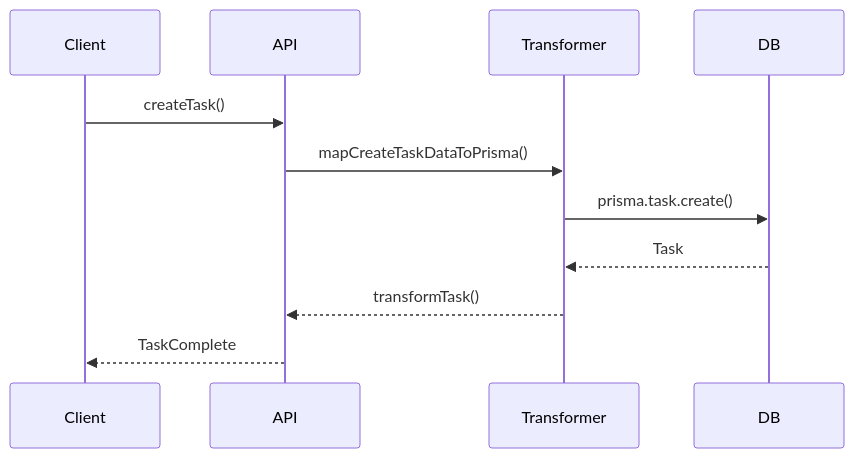
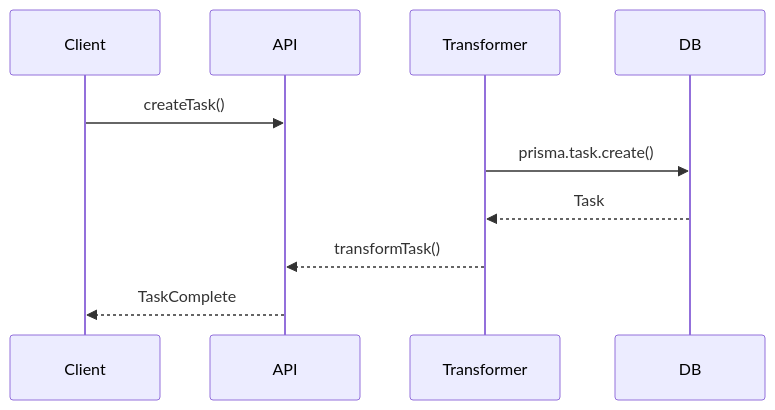
The second of 2 diagrams in src/types/entities/task/documentation.md (gvastethecreator/media-manager), drawn with Mermaid before and after one commit. The commit also changed 176 other files, not shown here.

````diff
--- a/src/types/entities/task/documentation.md
+++ b/src/types/entities/task/documentation.md
@@ -46,13 +46,13 @@
 ```mermaid
 sequenceDiagram
     participant Client
     participant API
     participant Transformer
     participant DB
     Client->>API: createTask()
-    API->>Transformer: mapCreateTaskDataToPrisma()
+    
     Transformer->>DB: prisma.task.create()
     DB-->>Transformer: Task
     Transformer-->>API: transformTask()
     API-->>Client: TaskComplete
 ```
````
